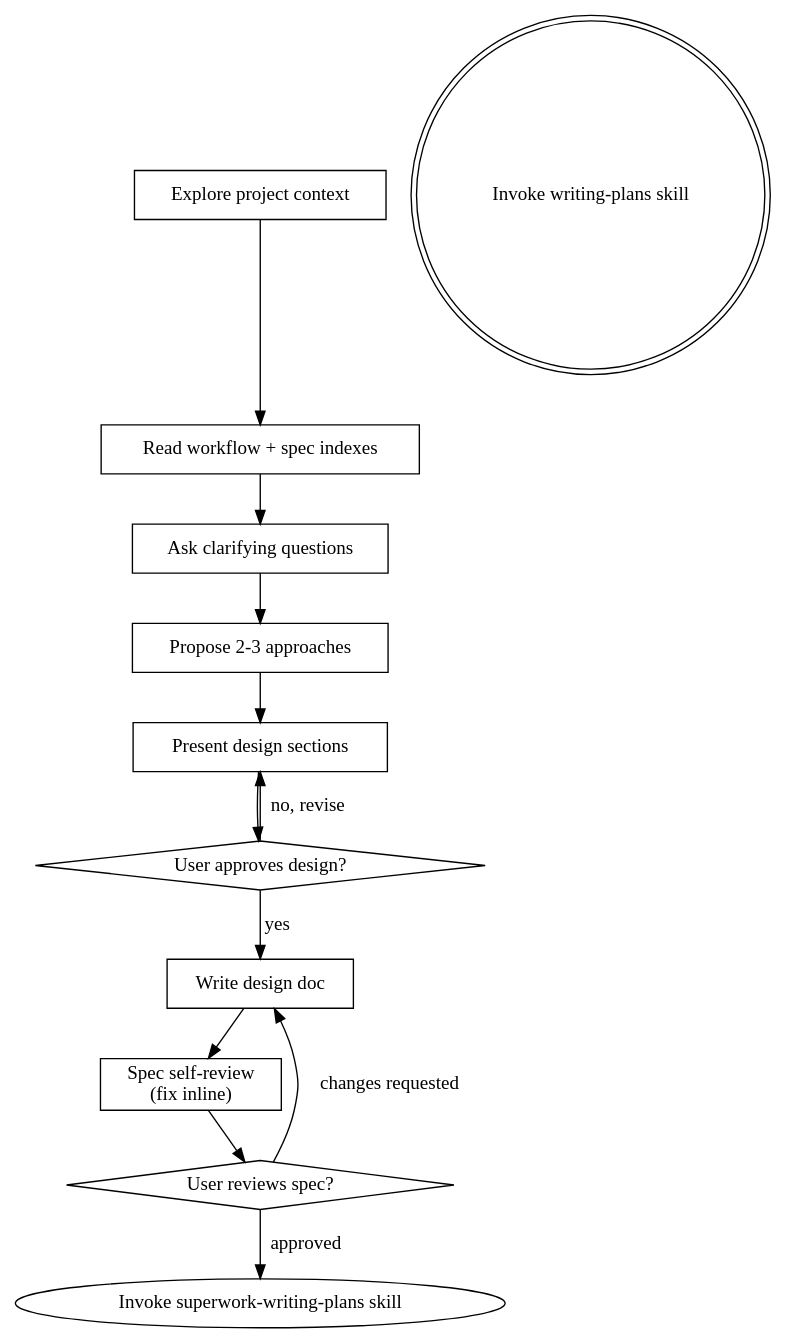
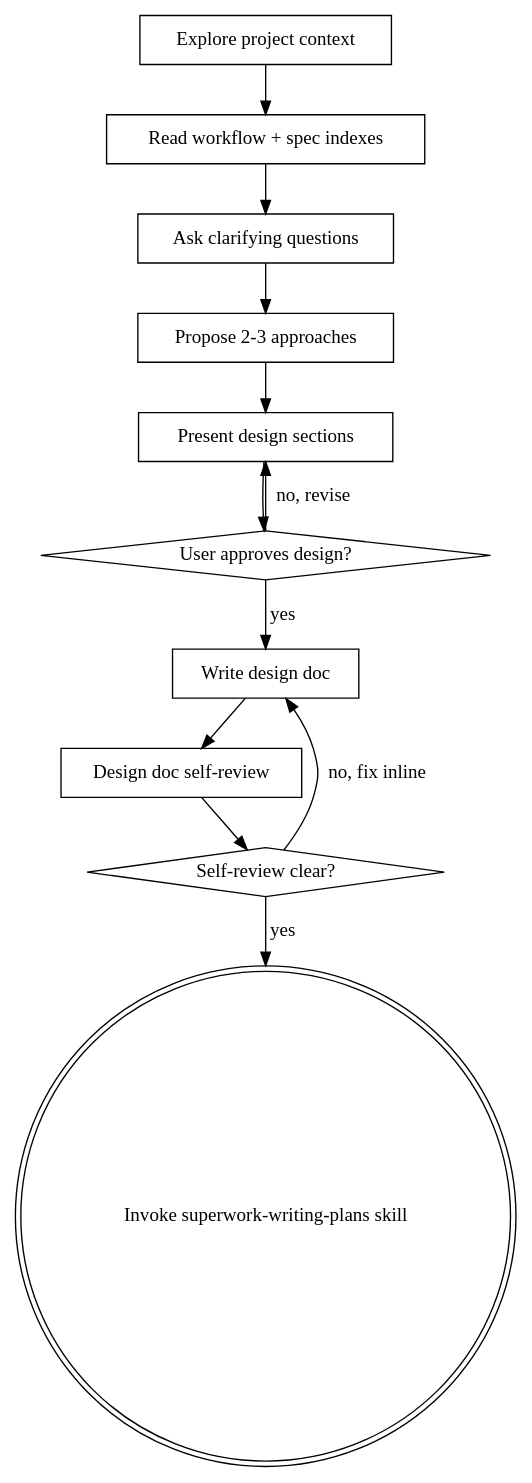
The diagram in skills/superwork-brainstorming/SKILL.md (BryanHoo/superwork), drawn with Graphviz before and after one commit. The commit also changed other lines of this file and 11 other files, not shown here.

````diff
--- a/skills/superwork-brainstorming/SKILL.md
+++ b/skills/superwork-brainstorming/SKILL.md
@@ -32,26 +38,26 @@
 ```dot
 digraph brainstorming {
     "Explore project context" [shape=box];
     "Read workflow + spec indexes" [shape=box];
     "Ask clarifying questions" [shape=box];
     "Propose 2-3 approaches" [shape=box];
     "Present design sections" [shape=box];
     "User approves design?" [shape=diamond];
     "Write design doc" [shape=box];
-    "Spec self-review\n(fix inline)" [shape=box];
-    "User reviews spec?" [shape=diamond];
-    "Invoke writing-plans skill" [shape=doublecircle];
+    "Design doc self-review" [shape=box];
+    "Self-review clear?" [shape=diamond];
+    "Invoke superwork-writing-plans skill" [shape=doublecircle];
 
     "Explore project context" -> "Read workflow + spec indexes";
     "Read workflow + spec indexes" -> "Ask clarifying questions";
     "Ask clarifying questions" -> "Propose 2-3 approaches";
     "Propose 2-3 approaches" -> "Present design sections";
     "Present design sections" -> "User approves design?";
     "User approves design?" -> "Present design sections" [label="no, revise"];
     "User approves design?" -> "Write design doc" [label="yes"];
-    "Write design doc" -> "Spec self-review\n(fix inline)";
-    "Spec self-review\n(fix inline)" -> "User reviews spec?";
-    "User reviews spec?" -> "Write design doc" [label="changes requested"];
-    "User reviews spec?" -> "Invoke superwork-writing-plans skill" [label="approved"];
+    "Write design doc" -> "Design doc self-review";
+    "Design doc self-review" -> "Self-review clear?";
+    "Self-review clear?" -> "Write design doc" [label="no, fix inline"];
+    "Self-review clear?" -> "Invoke superwork-writing-plans skill" [label="yes"];
 }
 ```
````
